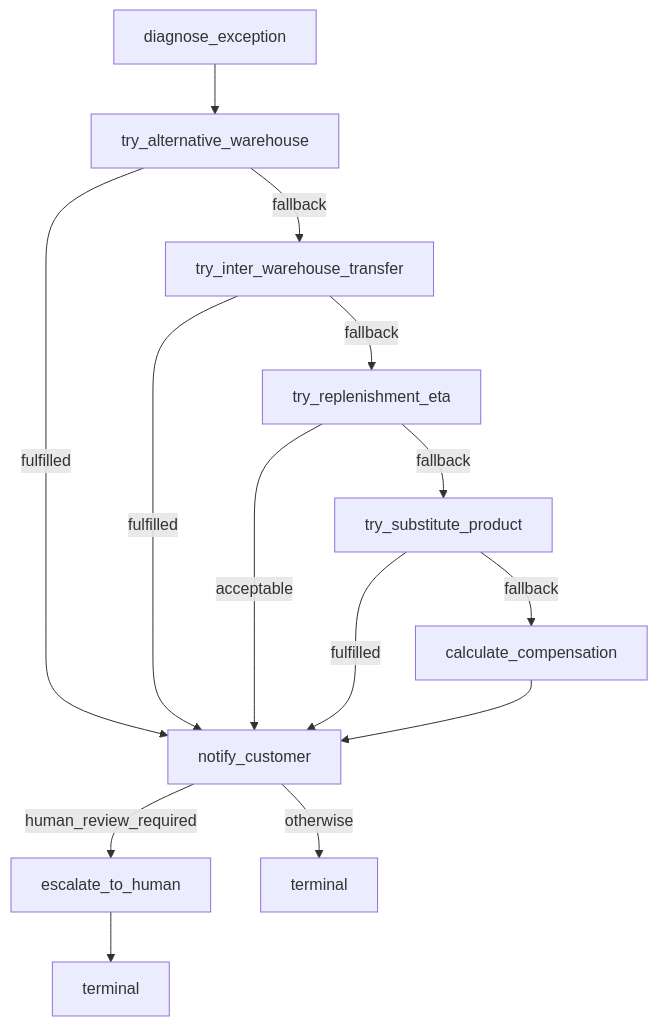
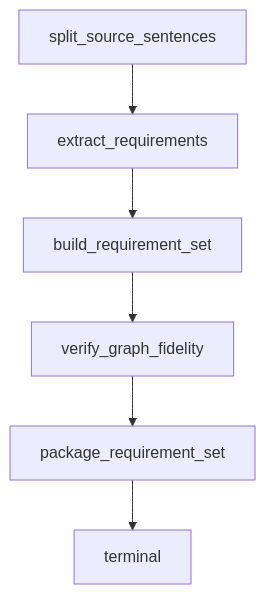
The second of 2 diagrams in docs/beeline.md (chehuizi/beeOS), drawn with Mermaid before and after one commit. The commit also changed other lines of this file and 30 other files, not shown here.

````diff
--- a/docs/beeline.md
+++ b/docs/beeline.md
@@ -61,17 +61,9 @@
 ```mermaid
 flowchart TB
-    Start[diagnose_exception]
-    Start --> Alt[try_alternative_warehouse]
-    Alt -->|fulfilled| Notify[notify_customer]
-    Alt -->|fallback| Trans[try_inter_warehouse_transfer]
-    Trans -->|fulfilled| Notify
-    Trans -->|fallback| Repl[try_replenishment_eta]
-    Repl -->|acceptable| Notify
-    Repl -->|fallback| Sub[try_substitute_product]
-    Sub -->|fulfilled| Notify
-    Sub -->|fallback| Comp[calculate_compensation]
-    Comp --> Notify
-    Notify -->|human_review_required| Esc[escalate_to_human]
-    Notify -->|otherwise| End1[terminal]
-    Esc --> End2[terminal]
+    Start[split_source_sentences]
+    Start --> Extract[extract_requirements]
+    Extract --> Build[build_requirement_set]
+    Build --> Verify[verify_graph_fidelity]
+    Verify --> Package[package_requirement_set]
+    Package --> End1[terminal]
 ```
````
